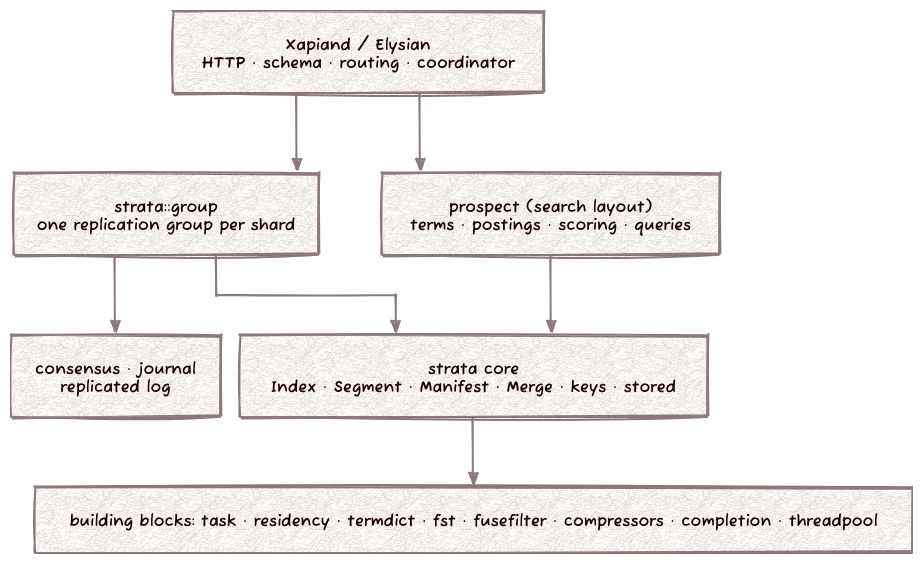
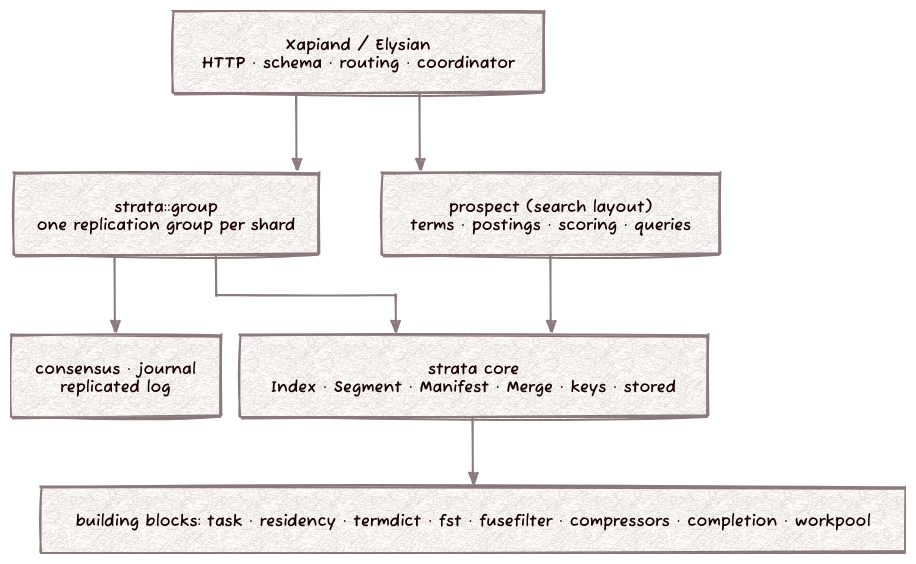
The diagram in docs/strata.d2 (Kronuz/strata), drawn with D2 before and after one commit. The commit also changed 9 other files, not shown here.

```diff
--- a/docs/strata.d2
+++ b/docs/strata.d2
@@ -1,18 +1,18 @@
 # strata layers. Render: d2 --layout elk --sketch --theme 302 docs/strata.d2 docs/strata.svg
 # Render: d2 docs/strata.d2 docs/strata.svg
 vars: { d2-config: { layout-engine: elk; theme-id: 302; sketch: true; pad: 24; theme-overrides: { B1: "#8C7B7E"; B2: "#C25B73"; N2: "#C25B73" } } }
 style.fill: transparent
 
 direction: down
 xapiand: "Xapiand / Elysian\nHTTP · schema · routing · coordinator"
 group: "strata::group\none replication group per shard"
 prospect: "prospect (search layout)\nterms · postings · scoring · queries"
 core: "strata core\nIndex · Segment · Manifest · Merge · keys · stored"
 repl: "consensus · journal\nreplicated log"
-libs: "building blocks: task · residency · termdict · fst · fusefilter · compressors · completion · threadpool"
+libs: "building blocks: task · residency · termdict · fst · fusefilter · compressors · completion · workpool"
 xapiand -> group
 xapiand -> prospect
 group -> core
 group -> repl
 prospect -> core
 core -> libs
```
